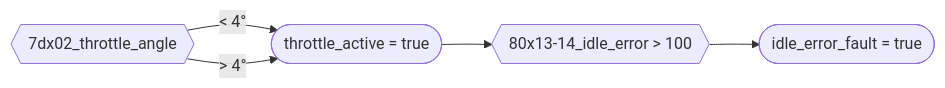
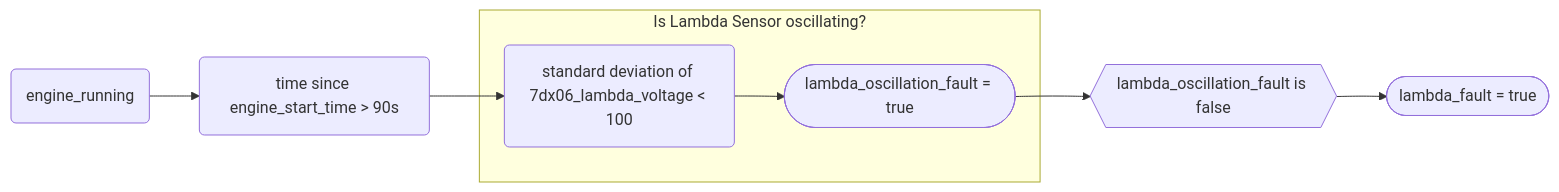
One commit to andrewdjackson/rosco changed diagram 19 of 23 in README.md. Above: the diagram before and after it, drawn with Mermaid. The commit also changed other lines of this file, not shown here.

````diff
--- a/README.md
+++ b/README.md
@@ -155,8 +173,10 @@
 ```mermaid
 flowchart LR
-Throttle{{7dx02_throttle_angle}} --> |"< 4&deg;"|ThrottleIdle([throttle_active = false])
-Throttle --> |"> 4&deg;"|ThrottleIdle(["throttle_active = true"])
-
-ThrottleIdle --> QueryIdleOffset{{80x13-14_idle_error > 100}}
-QueryIdleOffset --> IdleOffsetFault(["idle_error_fault = true"])
+Running("engine_running") --> PreCheck
+PreCheck("time since engine_start_time > 90s") --> IsOscillating
+subgraph Is Lambda Sensor oscillating?
+    IsOscillating("standard deviation of 7dx06_lambda_voltage < 100") --> Result(["lambda_oscillation_fault = true"])
+end
+Result --> Metric
+Metric{{"lambda_oscillation_fault is false"}} --> LambdaResult(["lambda_fault = true"])
 ```
````
